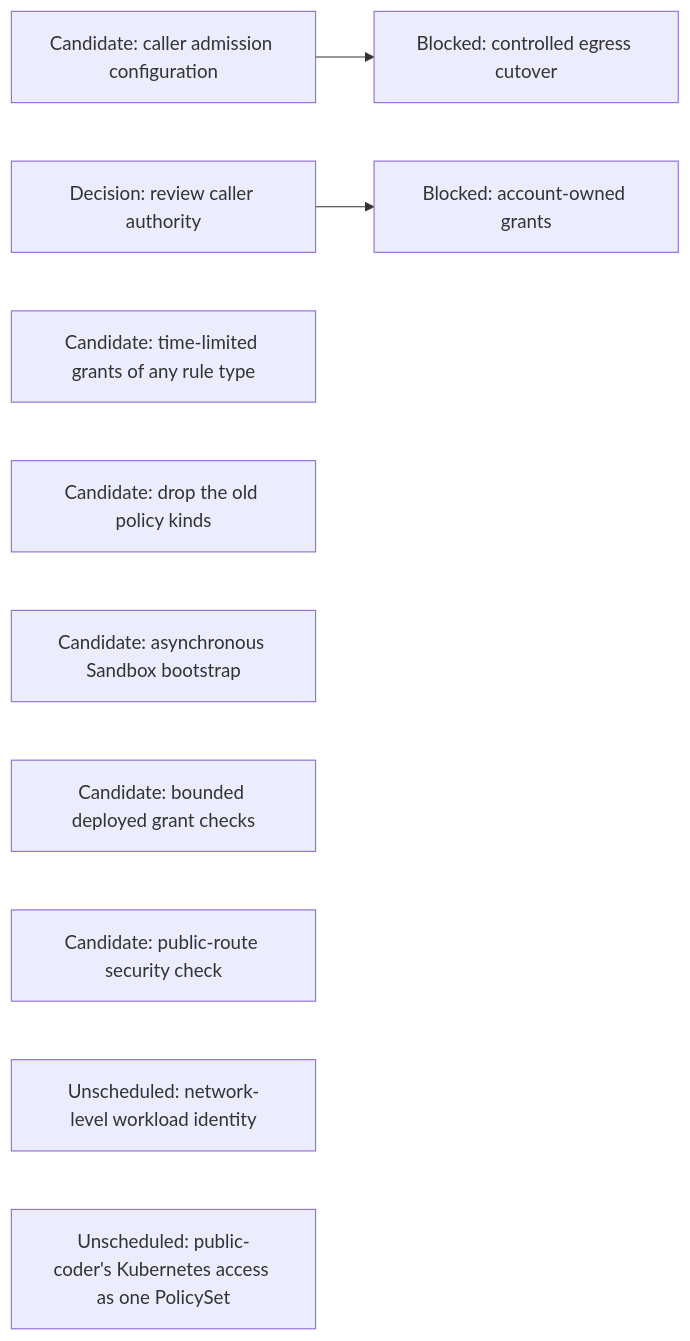
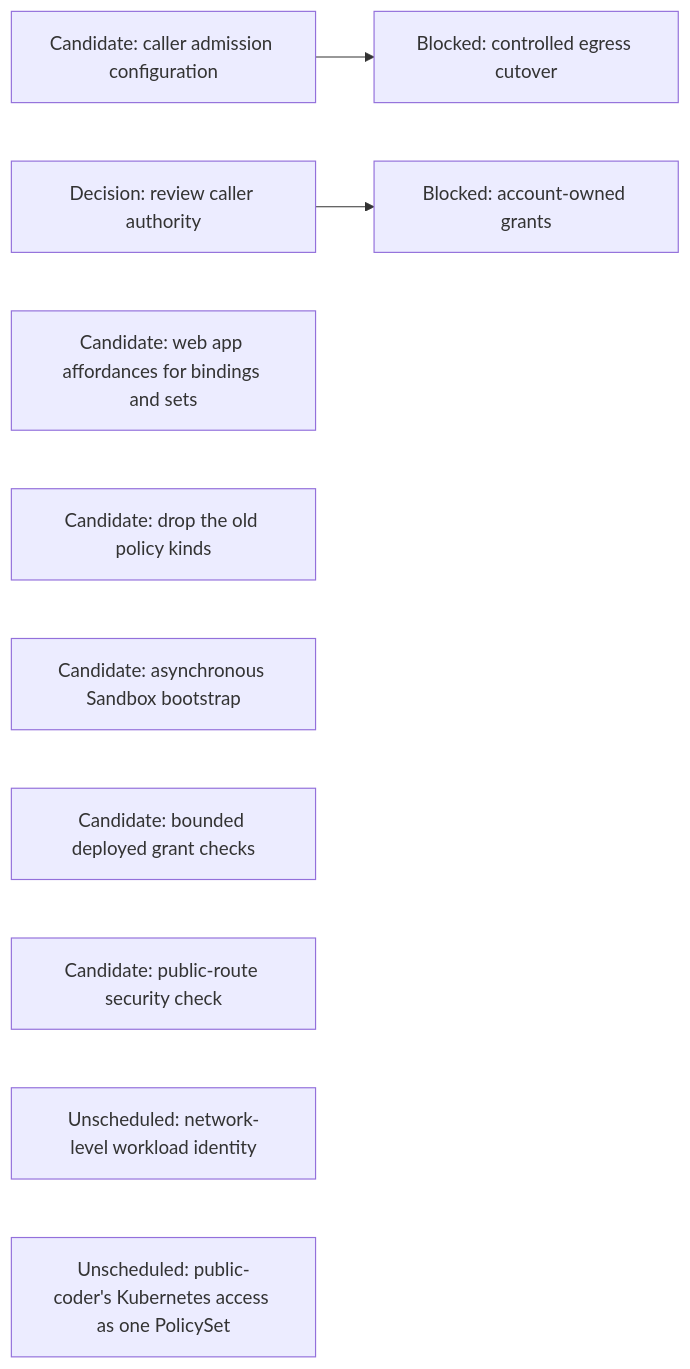
One commit to agentydragon-agent/ducktape changed the eighth of 15 diagrams in agentplane/plans/task_dag.md. Above: the diagram before and after it, drawn with Mermaid. The commit also changed other lines of this file and 2 other files, not shown here.

````diff
--- a/agentplane/plans/task_dag.md
+++ b/agentplane/plans/task_dag.md
@@ -503,12 +503,12 @@
 ```mermaid
 flowchart LR
     PC_EGRESS_CREDENTIALS[Candidate: caller admission configuration] --> PC_EGRESS[Blocked: controlled egress cutover]
     CLAUDE_AI_SA[Decision: review caller authority] --> MANAGED_SA_RBAC[Blocked: account-owned grants]
-    POLICY_RUNTIME_GRANTS[Candidate: time-limited grants of any rule type]
+    POLICY_RUNTIME_GRANTS[Candidate: web app affordances for bindings and sets]
     OLD_POLICY_KINDS_DROP[Candidate: drop the old policy kinds]
     BOOTSTRAP_PROGRESS_CONTRACT[Candidate: asynchronous Sandbox bootstrap]
     SANDBOX_RBAC[Candidate: bounded deployed grant checks]
     NOTIFICATION_INGRESS_BOUNDARY[Candidate: public-route security check]
     NETWORK_WORKLOAD_IDENTITY[Unscheduled: network-level workload identity]
     PC_KUBERNETES_POLICY_SET[Unscheduled: public-coder's Kubernetes access as one PolicySet]
 ```
````
